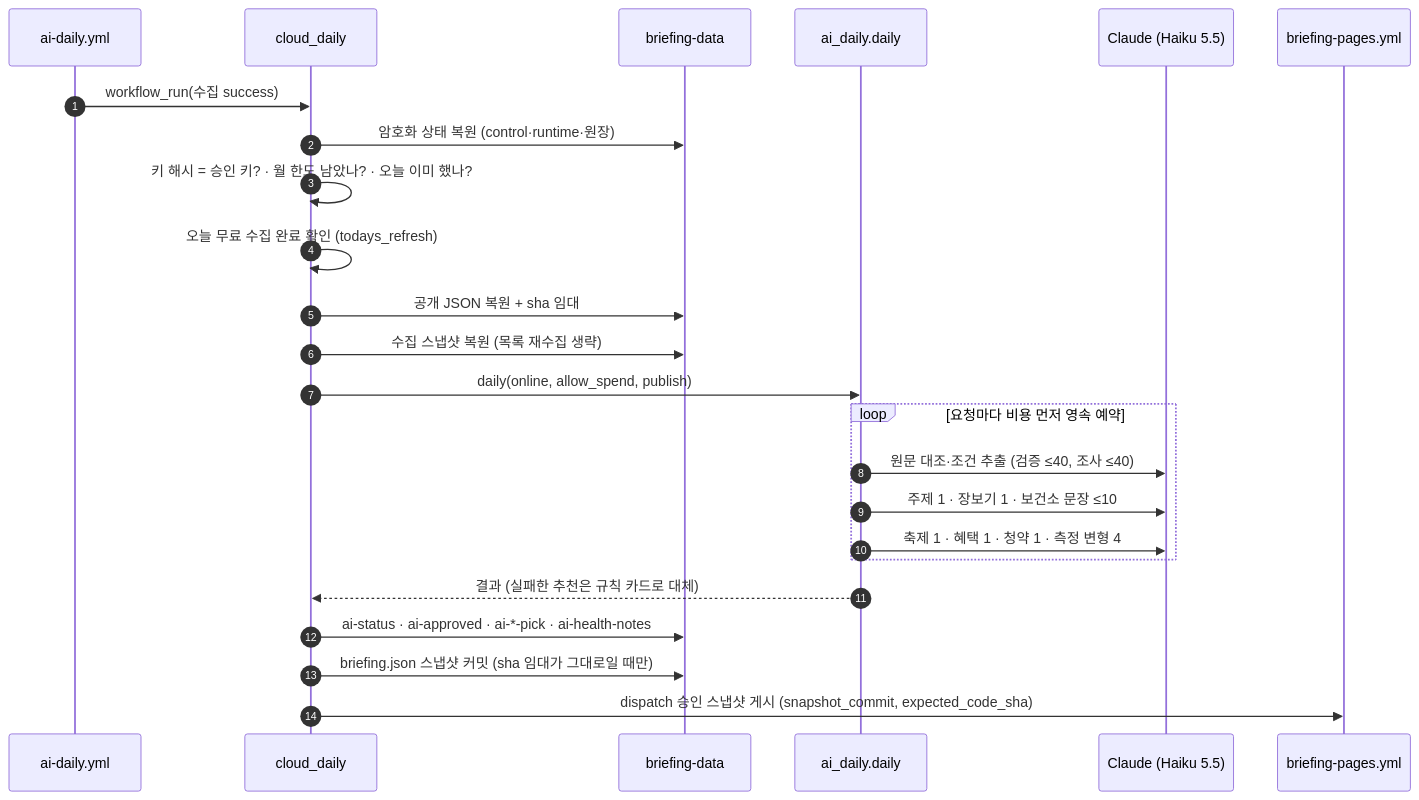
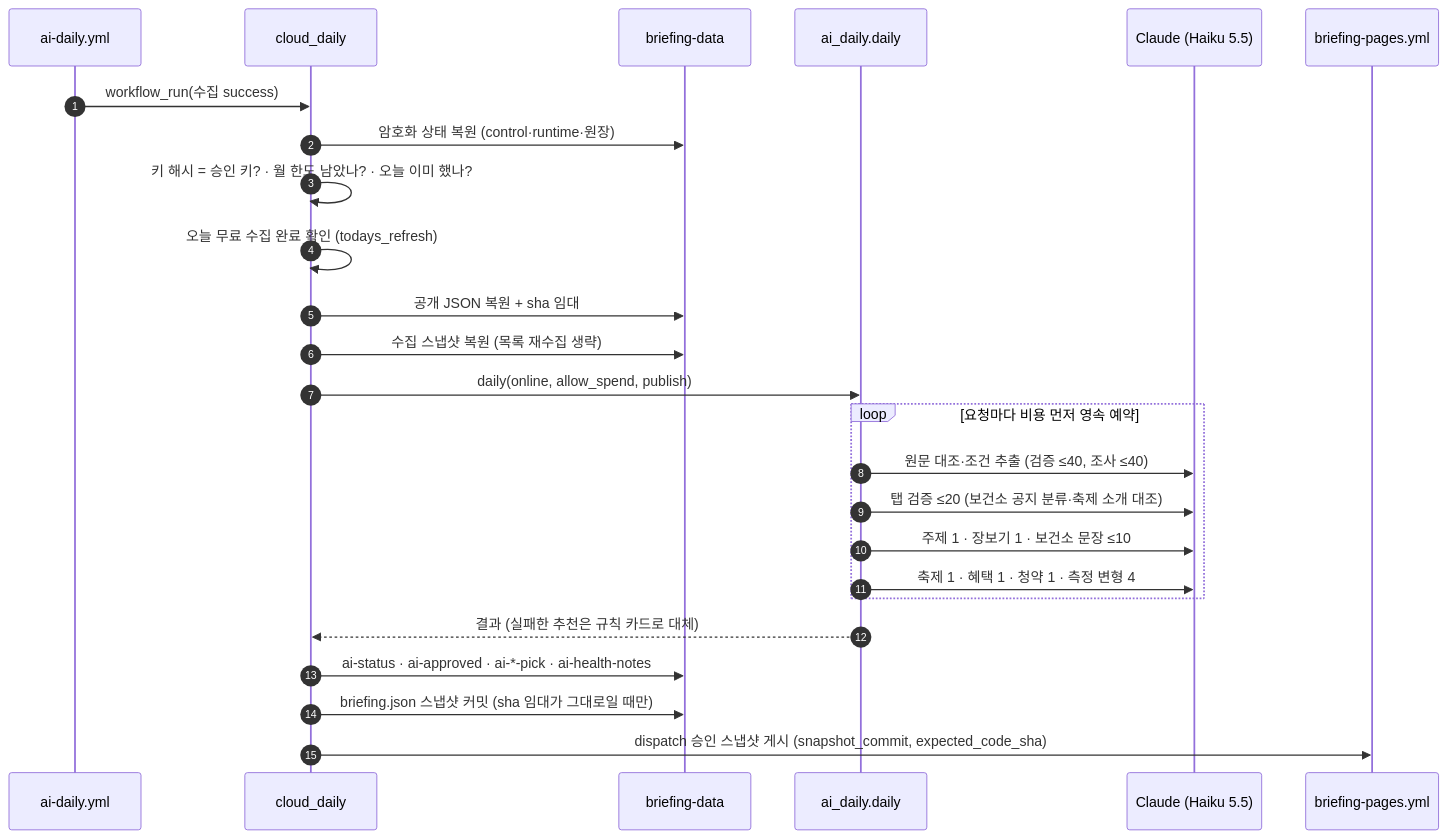
The eighth of 13 diagrams in docs/architecture.md (Kim-Taesu/benefit-monitor), drawn with Mermaid before and after one commit. The commit also changed other lines of this file and 30 other files, not shown here.

````diff
--- a/docs/architecture.md
+++ b/docs/architecture.md
@@ -261,27 +261,28 @@
 ```mermaid
 sequenceDiagram
   autonumber
   participant W as ai-daily.yml
   participant CD as cloud_daily
   participant BD as briefing-data
   participant AD as ai_daily.daily
   participant C as Claude (Haiku 5.5)
   participant BP as briefing-pages.yml
 
   W->>CD: workflow_run(수집 success)
   CD->>BD: 암호화 상태 복원 (control·runtime·원장)
   CD->>CD: 키 해시 = 승인 키? · 월 한도 남았나? · 오늘 이미 했나?
   CD->>CD: 오늘 무료 수집 완료 확인 (todays_refresh)
   CD->>BD: 공개 JSON 복원 + sha 임대
   CD->>BD: 수집 스냅샷 복원 (목록 재수집 생략)
   CD->>AD: daily(online, allow_spend, publish)
   loop 요청마다 비용 먼저 영속 예약
     AD->>C: 원문 대조·조건 추출 (검증 ≤40, 조사 ≤40)
+    AD->>C: 탭 검증 ≤20 (보건소 공지 분류·축제 소개 대조)
     AD->>C: 주제 1 · 장보기 1 · 보건소 문장 ≤10
     AD->>C: 축제 1 · 혜택 1 · 청약 1 · 측정 변형 4
   end
   AD-->>CD: 결과 (실패한 추천은 규칙 카드로 대체)
   CD->>BD: ai-status · ai-approved · ai-*-pick · ai-health-notes
   CD->>BD: briefing.json 스냅샷 커밋 (sha 임대가 그대로일 때만)
   CD->>BP: dispatch 승인 스냅샷 게시 (snapshot_commit, expected_code_sha)
 ```
````
